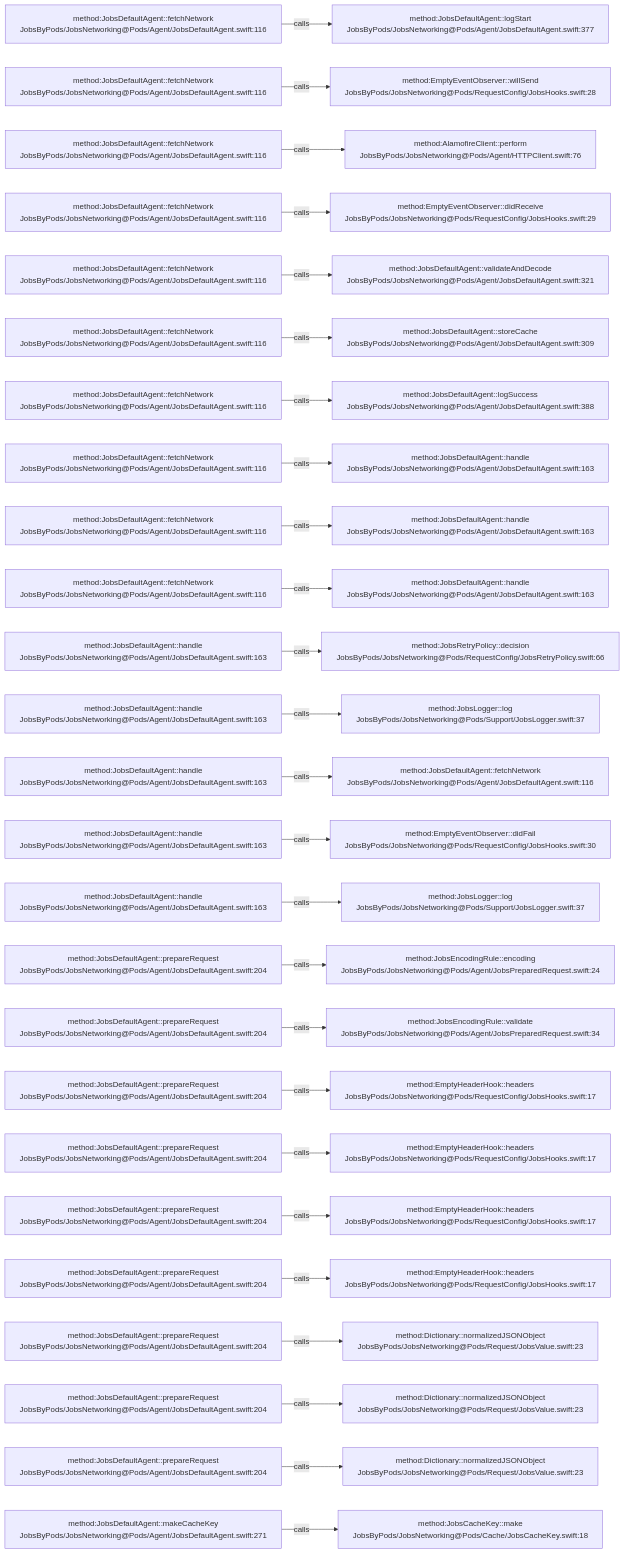
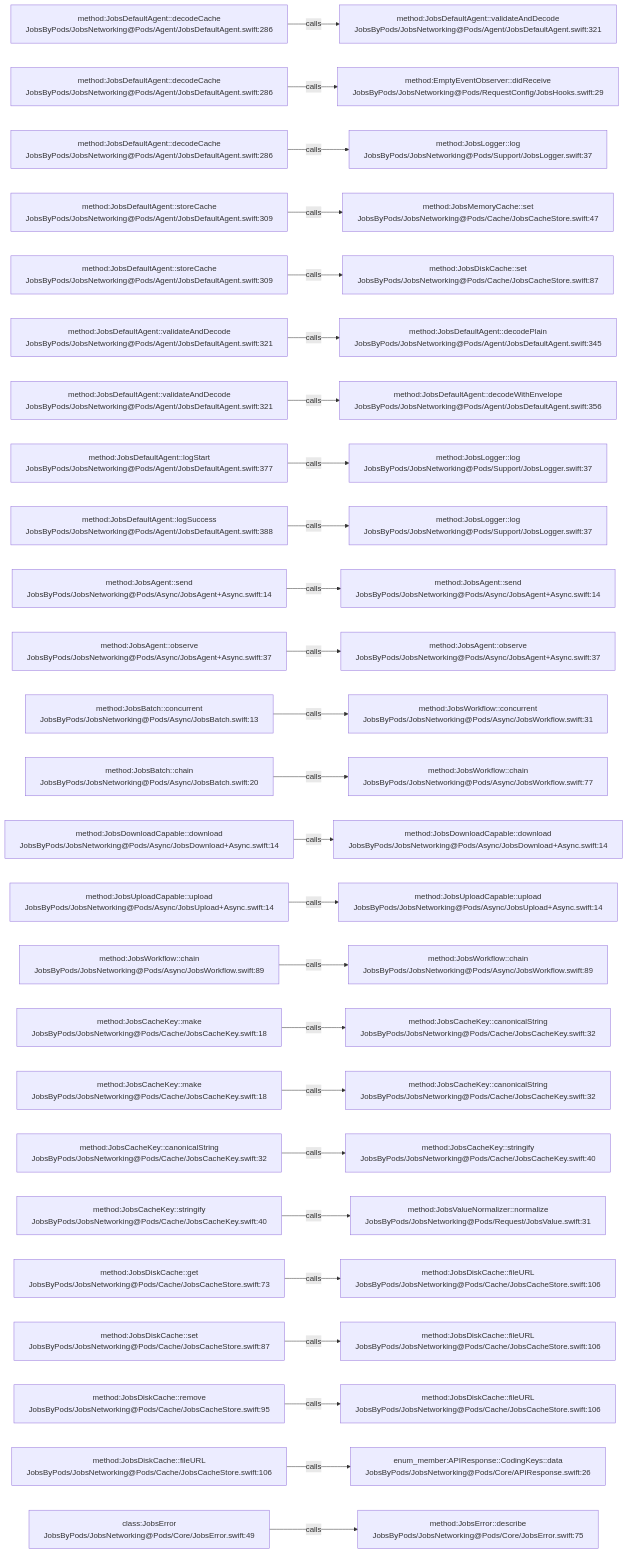
One commit to JobsKits/JobsSwiftBaseConfigDemo changed the diagram in .codegraph/codegraph.md/graphs/calls-009.md. Above: the diagram before and after it, drawn with Mermaid. The commit also changed 2959 other files, not shown here.

````diff
--- a/.codegraph/codegraph.md/graphs/calls-009.md
+++ b/.codegraph/codegraph.md/graphs/calls-009.md
@@ -13,78 +13,78 @@
 ```mermaid
 flowchart LR
-  S1["method:JobsDefaultAgent::fetchNetwork<br/>JobsByPods/JobsNetworking@Pods/Agent/JobsDefaultAgent.swift:116"]
-  T1["method:JobsDefaultAgent::logStart<br/>JobsByPods/JobsNetworking@Pods/Agent/JobsDefaultAgent.swift:377"]
+  S1["method:JobsDefaultAgent::decodeCache<br/>JobsByPods/JobsNetworking@Pods/Agent/JobsDefaultAgent.swift:286"]
+  T1["method:JobsDefaultAgent::validateAndDecode<br/>JobsByPods/JobsNetworking@Pods/Agent/JobsDefaultAgent.swift:321"]
   S1 -->|calls| T1
-  S2["method:JobsDefaultAgent::fetchNetwork<br/>JobsByPods/JobsNetworking@Pods/Agent/JobsDefaultAgent.swift:116"]
-  T2["method:EmptyEventObserver::willSend<br/>JobsByPods/JobsNetworking@Pods/RequestConfig/JobsHooks.swift:28"]
+  S2["method:JobsDefaultAgent::decodeCache<br/>JobsByPods/JobsNetworking@Pods/Agent/JobsDefaultAgent.swift:286"]
+  T2["method:EmptyEventObserver::didReceive<br/>JobsByPods/JobsNetworking@Pods/RequestConfig/JobsHooks.swift:29"]
   S2 -->|calls| T2
-  S3["method:JobsDefaultAgent::fetchNetwork<br/>JobsByPods/JobsNetworking@Pods/Agent/JobsDefaultAgent.swift:116"]
-  T3["method:AlamofireClient::perform<br/>JobsByPods/JobsNetworking@Pods/Agent/HTTPClient.swift:76"]
+  S3["method:JobsDefaultAgent::decodeCache<br/>JobsByPods/JobsNetworking@Pods/Agent/JobsDefaultAgent.swift:286"]
+  T3["method:JobsLogger::log<br/>JobsByPods/JobsNetworking@Pods/Support/JobsLogger.swift:37"]
   S3 -->|calls| T3
-  S4["method:JobsDefaultAgent::fetchNetwork<br/>JobsByPods/JobsNetworking@Pods/Agent/JobsDefaultAgent.swift:116"]
-  T4["method:EmptyEventObserver::didReceive<br/>JobsByPods/JobsNetworking@Pods/RequestConfig/JobsHooks.swift:29"]
+  S4["method:JobsDefaultAgent::storeCache<br/>JobsByPods/JobsNetworking@Pods/Agent/JobsDefaultAgent.swift:309"]
+  T4["method:JobsMemoryCache::set<br/>JobsByPods/JobsNetworking@Pods/Cache/JobsCacheStore.swift:47"]
   S4 -->|calls| T4
-  S5["method:JobsDefaultAgent::fetchNetwork<br/>JobsByPods/JobsNetworking@Pods/Agent/JobsDefaultAgent.swift:116"]
-  T5["method:JobsDefaultAgent::validateAndDecode<br/>JobsByPods/JobsNetworking@Pods/Agent/JobsDefaultAgent.swift:321"]
+  S5["method:JobsDefaultAgent::storeCache<br/>JobsByPods/JobsNetworking@Pods/Agent/JobsDefaultAgent.swift:309"]
+  T5["method:JobsDiskCache::set<br/>JobsByPods/JobsNetworking@Pods/Cache/JobsCacheStore.swift:87"]
   S5 -->|calls| T5
-  S6["method:JobsDefaultAgent::fetchNetwork<br/>JobsByPods/JobsNetworking@Pods/Agent/JobsDefaultAgent.swift:116"]
-  T6["method:JobsDefaultAgent::storeCache<br/>JobsByPods/JobsNetworking@Pods/Agent/JobsDefaultAgent.swift:309"]
+  S6["method:JobsDefaultAgent::validateAndDecode<br/>JobsByPods/JobsNetworking@Pods/Agent/JobsDefaultAgent.swift:321"]
+  T6["method:JobsDefaultAgent::decodePlain<br/>JobsByPods/JobsNetworking@Pods/Agent/JobsDefaultAgent.swift:345"]
   S6 -->|calls| T6
-  S7["method:JobsDefaultAgent::fetchNetwork<br/>JobsByPods/JobsNetworking@Pods/Agent/JobsDefaultAgent.swift:116"]
-  T7["method:JobsDefaultAgent::logSuccess<br/>JobsByPods/JobsNetworking@Pods/Agent/JobsDefaultAgent.swift:388"]
+  S7["method:JobsDefaultAgent::validateAndDecode<br/>JobsByPods/JobsNetworking@Pods/Agent/JobsDefaultAgent.swift:321"]
+  T7["method:JobsDefaultAgent::decodeWithEnvelope<br/>JobsByPods/JobsNetworking@Pods/Agent/JobsDefaultAgent.swift:356"]
   S7 -->|calls| T7
-  S8["method:JobsDefaultAgent::fetchNetwork<br/>JobsByPods/JobsNetworking@Pods/Agent/JobsDefaultAgent.swift:116"]
-  T8["method:JobsDefaultAgent::handle<br/>JobsByPods/JobsNetworking@Pods/Agent/JobsDefaultAgent.swift:163"]
+  S8["method:JobsDefaultAgent::logStart<br/>JobsByPods/JobsNetworking@Pods/Agent/JobsDefaultAgent.swift:377"]
+  T8["method:JobsLogger::log<br/>JobsByPods/JobsNetworking@Pods/Support/JobsLogger.swift:37"]
   S8 -->|calls| T8
-  S9["method:JobsDefaultAgent::fetchNetwork<br/>JobsByPods/JobsNetworking@Pods/Agent/JobsDefaultAgent.swift:116"]
-  T9["method:JobsDefaultAgent::handle<br/>JobsByPods/JobsNetworking@Pods/Agent/JobsDefaultAgent.swift:163"]
+  S9["method:JobsDefaultAgent::logSuccess<br/>JobsByPods/JobsNetworking@Pods/Agent/JobsDefaultAgent.swift:388"]
+  T9["method:JobsLogger::log<br/>JobsByPods/JobsNetworking@Pods/Support/JobsLogger.swift:37"]
   S9 -->|calls| T9
-  S10["method:JobsDefaultAgent::fetchNetwork<br/>JobsByPods/JobsNetworking@Pods/Agent/JobsDefaultAgent.swift:116"]
-  T10["method:JobsDefaultAgent::handle<br/>JobsByPods/JobsNetworking@Pods/Agent/JobsDefaultAgent.swift:163"]
+  S10["method:JobsAgent::send<br/>JobsByPods/JobsNetworking@Pods/Async/JobsAgent+Async.swift:14"]
+  T10["method:JobsAgent::send<br/>JobsByPods/JobsNetworking@Pods/Async/JobsAgent+Async.swift:14"]
   S10 -->|calls| T10
-  S11["method:JobsDefaultAgent::handle<br/>JobsByPods/JobsNetworking@Pods/Agent/JobsDefaultAgent.swift:163"]
-  T11["method:JobsRetryPolicy::decision<br/>JobsByPods/JobsNetworking@Pods/RequestConfig/JobsRetryPolicy.swift:66"]
+  S11["method:JobsAgent::observe<br/>JobsByPods/JobsNetworking@Pods/Async/JobsAgent+Async.swift:37"]
+  T11["method:JobsAgent::observe<br/>JobsByPods/JobsNetworking@Pods/Async/JobsAgent+Async.swift:37"]
   S11 -->|calls| T11
-  S12["method:JobsDefaultAgent::handle<br/>JobsByPods/JobsNetworking@Pods/Agent/JobsDefaultAgent.swift:163"]
-  T12["method:JobsLogger::log<br/>JobsByPods/JobsNetworking@Pods/Support/JobsLogger.swift:37"]
+  S12["method:JobsBatch::concurrent<br/>JobsByPods/JobsNetworking@Pods/Async/JobsBatch.swift:13"]
+  T12["method:JobsWorkflow::concurrent<br/>JobsByPods/JobsNetworking@Pods/Async/JobsWorkflow.swift:31"]
   S12 -->|calls| T12
-  S13["method:JobsDefaultAgent::handle<br/>JobsByPods/JobsNetworking@Pods/Agent/JobsDefaultAgent.swift:163"]
-  T13["method:JobsDefaultAgent::fetchNetwork<br/>JobsByPods/JobsNetworking@Pods/Agent/JobsDefaultAgent.swift:116"]
+  S13["method:JobsBatch::chain<br/>JobsByPods/JobsNetworking@Pods/Async/JobsBatch.swift:20"]
+  T13["method:JobsWorkflow::chain<br/>JobsByPods/JobsNetworking@Pods/Async/JobsWorkflow.swift:77"]
   S13 -->|calls| T13
-  S14["method:JobsDefaultAgent::handle<br/>JobsByPods/JobsNetworking@Pods/Agent/JobsDefaultAgent.swift:163"]
-  T14["method:EmptyEventObserver::didFail<br/>JobsByPods/JobsNetworking@Pods/RequestConfig/JobsHooks.swift:30"]
+  S14["method:JobsDownloadCapable::download<br/>JobsByPods/JobsNetworking@Pods/Async/JobsDownload+Async.swift:14"]
+  T14["method:JobsDownloadCapable::download<br/>JobsByPods/JobsNetworking@Pods/Async/JobsDownload+Async.swift:14"]
   S14 -->|calls| T14
-  S15["method:JobsDefaultAgent::handle<br/>JobsByPods/JobsNetworking@Pods/Agent/JobsDefaultAgent.swift:163"]
-  T15["method:JobsLogger::log<br/>JobsByPods/JobsNetworking@Pods/Support/JobsLogger.swift:37"]
+  S15["method:JobsUploadCapable::upload<br/>JobsByPods/JobsNetworking@Pods/Async/JobsUpload+Async.swift:14"]
+  T15["method:JobsUploadCapable::upload<br/>JobsByPods/JobsNetworking@Pods/Async/JobsUpload+Async.swift:14"]
   S15 -->|calls| T15
-  S16["method:JobsDefaultAgent::prepareRequest<br/>JobsByPods/JobsNetworking@Pods/Agent/JobsDefaultAgent.swift:204"]
-  T16["method:JobsEncodingRule::encoding<br/>JobsByPods/JobsNetworking@Pods/Agent/JobsPreparedRequest.swift:24"]
+  S16["method:JobsWorkflow::chain<br/>JobsByPods/JobsNetworking@Pods/Async/JobsWorkflow.swift:89"]
+  T16["method:JobsWorkflow::chain<br/>JobsByPods/JobsNetworking@Pods/Async/JobsWorkflow.swift:89"]
   S16 -->|calls| T16
-  S17["method:JobsDefaultAgent::prepareRequest<br/>JobsByPods/JobsNetworking@Pods/Agent/JobsDefaultAgent.swift:204"]
-  T17["method:JobsEncodingRule::validate<br/>JobsByPods/JobsNetworking@Pods/Agent/JobsPreparedRequest.swift:34"]
+  S17["method:JobsCacheKey::make<br/>JobsByPods/JobsNetworking@Pods/Cache/JobsCacheKey.swift:18"]
+  T17["method:JobsCacheKey::canonicalString<br/>JobsByPods/JobsNetworking@Pods/Cache/JobsCacheKey.swift:32"]
   S17 -->|calls| T17
-  S18["method:JobsDefaultAgent::prepareRequest<br/>JobsByPods/JobsNetworking@Pods/Agent/JobsDefaultAgent.swift:204"]
-  T18["method:EmptyHeaderHook::headers<br/>JobsByPods/JobsNetworking@Pods/RequestConfig/JobsHooks.swift:17"]
+  S18["method:JobsCacheKey::make<br/>JobsByPods/JobsNetworking@Pods/Cache/JobsCacheKey.swift:18"]
+  T18["method:JobsCacheKey::canonicalString<br/>JobsByPods/JobsNetworking@Pods/Cache/JobsCacheKey.swift:32"]
   S18 -->|calls| T18
-  S19["method:JobsDefaultAgent::prepareRequest<br/>JobsByPods/JobsNetworking@Pods/Agent/JobsDefaultAgent.swift:204"]
-  T19["method:EmptyHeaderHook::headers<br/>JobsByPods/JobsNetworking@Pods/RequestConfig/JobsHooks.swift:17"]
+  S19["method:JobsCacheKey::canonicalString<br/>JobsByPods/JobsNetworking@Pods/Cache/JobsCacheKey.swift:32"]
+  T19["method:JobsCacheKey::stringify<br/>JobsByPods/JobsNetworking@Pods/Cache/JobsCacheKey.swift:40"]
   S19 -->|calls| T19
-  S20["method:JobsDefaultAgent::prepareRequest<br/>JobsByPods/JobsNetworking@Pods/Agent/JobsDefaultAgent.swift:204"]
-  T20["method:EmptyHeaderHook::headers<br/>JobsByPods/JobsNetworking@Pods/RequestConfig/JobsHooks.swift:17"]
+  S20["method:JobsCacheKey::stringify<br/>JobsByPods/JobsNetworking@Pods/Cache/JobsCacheKey.swift:40"]
+  T20["method:JobsValueNormalizer::normalize<br/>JobsByPods/JobsNetworking@Pods/Request/JobsValue.swift:31"]
   S20 -->|calls| T20
-  S21["method:JobsDefaultAgent::prepareRequest<br/>JobsByPods/JobsNetworking@Pods/Agent/JobsDefaultAgent.swift:204"]
-  T21["method:EmptyHeaderHook::headers<br/>JobsByPods/JobsNetworking@Pods/RequestConfig/JobsHooks.swift:17"]
+  S21["method:JobsDiskCache::get<br/>JobsByPods/JobsNetworking@Pods/Cache/JobsCacheStore.swift:73"]
+  T21["method:JobsDiskCache::fileURL<br/>JobsByPods/JobsNetworking@Pods/Cache/JobsCacheStore.swift:106"]
   S21 -->|calls| T21
-  S22["method:JobsDefaultAgent::prepareRequest<br/>JobsByPods/JobsNetworking@Pods/Agent/JobsDefaultAgent.swift:204"]
-  T22["method:Dictionary::normalizedJSONObject<br/>JobsByPods/JobsNetworking@Pods/Request/JobsValue.swift:23"]
+  S22["method:JobsDiskCache::set<br/>JobsByPods/JobsNetworking@Pods/Cache/JobsCacheStore.swift:87"]
+  T22["method:JobsDiskCache::fileURL<br/>JobsByPods/JobsNetworking@Pods/Cache/JobsCacheStore.swift:106"]
   S22 -->|calls| T22
-  S23["method:JobsDefaultAgent::prepareRequest<br/>JobsByPods/JobsNetworking@Pods/Agent/JobsDefaultAgent.swift:204"]
-  T23["method:Dictionary::normalizedJSONObject<br/>JobsByPods/JobsNetworking@Pods/Request/JobsValue.swift:23"]
+  S23["method:JobsDiskCache::remove<br/>JobsByPods/JobsNetworking@Pods/Cache/JobsCacheStore.swift:95"]
+  T23["method:JobsDiskCache::fileURL<br/>JobsByPods/JobsNetworking@Pods/Cache/JobsCacheStore.swift:106"]
   S23 -->|calls| T23
-  S24["method:JobsDefaultAgent::prepareRequest<br/>JobsByPods/JobsNetworking@Pods/Agent/JobsDefaultAgent.swift:204"]
-  T24["method:Dictionary::normalizedJSONObject<br/>JobsByPods/JobsNetworking@Pods/Request/JobsValue.swift:23"]
+  S24["method:JobsDiskCache::fileURL<br/>JobsByPods/JobsNetworking@Pods/Cache/JobsCacheStore.swift:106"]
+  T24["enum_member:APIResponse::CodingKeys::data<br/>JobsByPods/JobsNetworking@Pods/Core/APIResponse.swift:26"]
   S24 -->|calls| T24
-  S25["method:JobsDefaultAgent::makeCacheKey<br/>JobsByPods/JobsNetworking@Pods/Agent/JobsDefaultAgent.swift:271"]
-  T25["method:JobsCacheKey::make<br/>JobsByPods/JobsNetworking@Pods/Cache/JobsCacheKey.swift:18"]
+  S25["class:JobsError<br/>JobsByPods/JobsNetworking@Pods/Core/JobsError.swift:49"]
+  T25["method:JobsError::describe<br/>JobsByPods/JobsNetworking@Pods/Core/JobsError.swift:75"]
   S25 -->|calls| T25
 ```
````
